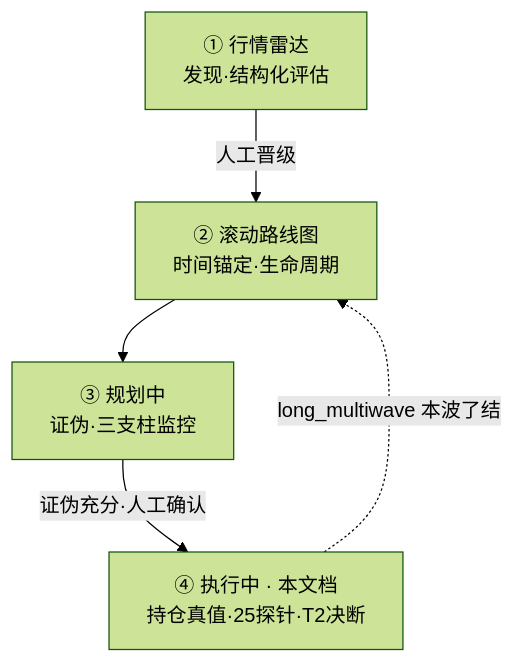
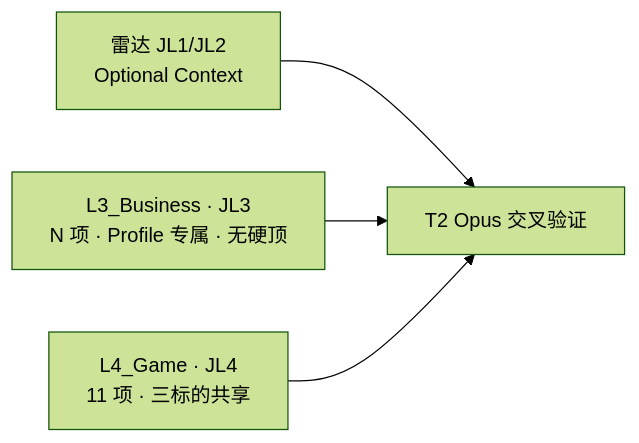
The first of 6 diagrams in 03_原子目标与规约/_共享规约/28_执行中工作区_标的深度监控_T0-T2开发计划.md (myxxhui/diting-doc), drawn with Mermaid (forest theme) before and after one commit. The commit also changed other lines of this file and 12 other files, not shown here.

````diff
--- a/03_原子目标与规约/_共享规约/28_执行中工作区_标的深度监控_T0-T2开发计划.md
+++ b/03_原子目标与规约/_共享规约/28_执行中工作区_标的深度监控_T0-T2开发计划.md
@@ -41,11 +40,6 @@
 ```mermaid
-flowchart TB
-  R["① 行情雷达<br/>发现·结构化评估"]
-  RM["② 滚动路线图<br/>时间锚定·生命周期"]
-  P["③ 规划中<br/>证伪·三支柱监控"]
-  E["④ 执行中 · 本文档<br/>持仓真值·25探针·T2决断"]
-  R -->|"人工晋级"| RM
-  RM --> P
-  P -->|"证伪充分·人工确认"| E
-  E -.->|"long_multiwave 本波了结"| RM
+flowchart LR
+  RADAR["雷达 JL1/JL2<br/>Optional Context"] --> T2["T2 Opus 交叉验证"]
+  L3["L3_Business · JL3<br/>N 项 · Profile 专属 · 无硬顶"] --> T2
+  L4["L4_Game · JL4<br/>11 项 · 三标的共享"] --> T2
 ```
````
